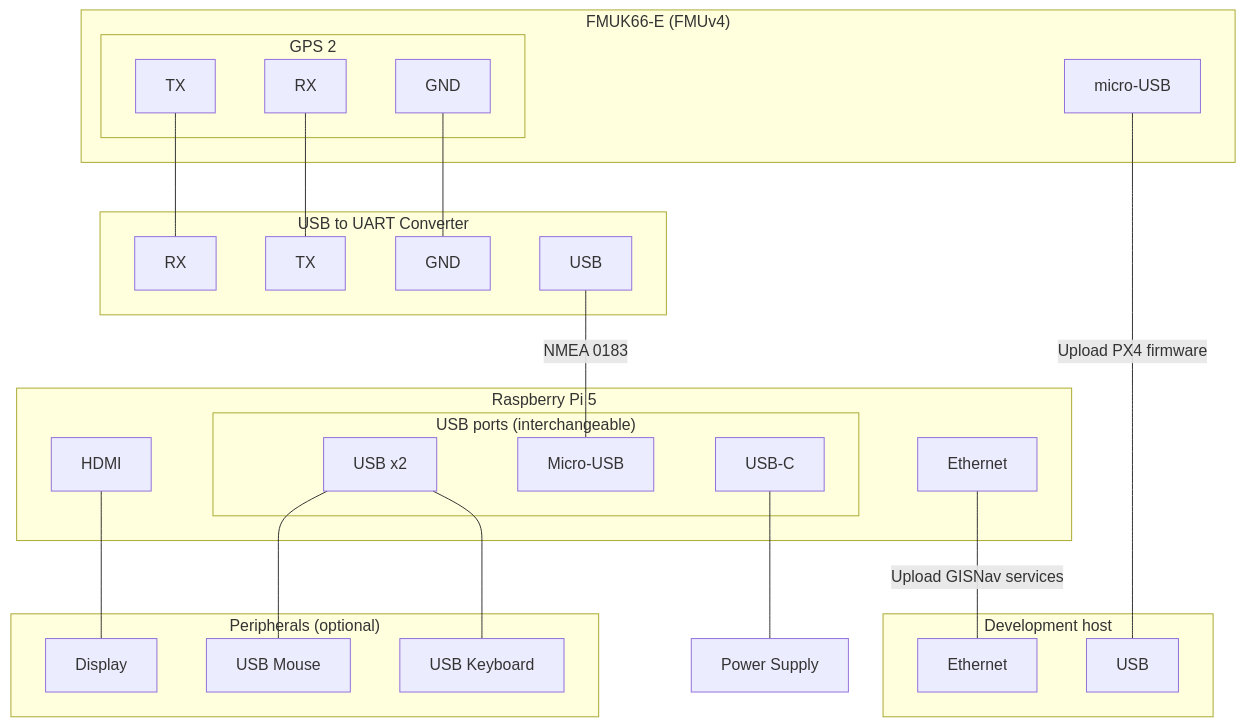
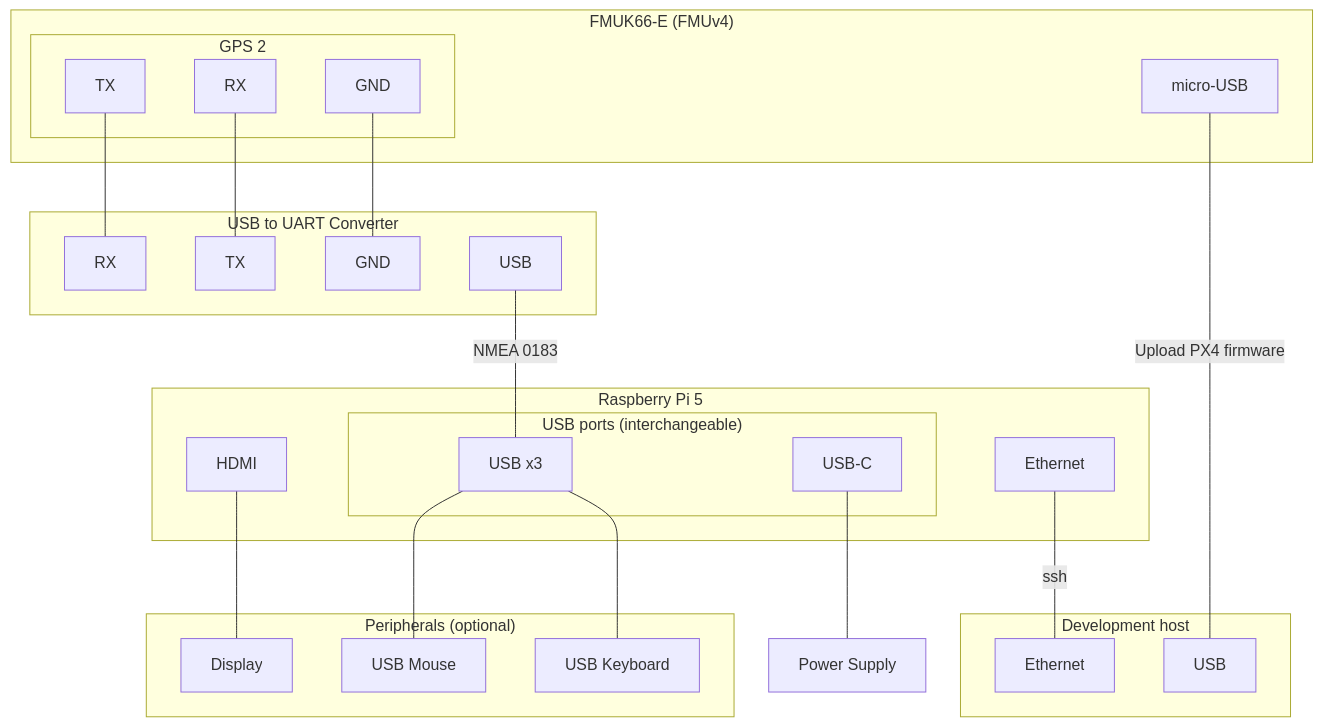
Before and after one commit to hmakelin/gisnav: the diagram in docs/vitepress/docs/raspberry-pi-pixhawk.md, drawn with Mermaid.

Commit message:
Fix USB ports in Raspberry Pi 5 diagram

````diff
--- a/docs/vitepress/docs/raspberry-pi-pixhawk.md
+++ b/docs/vitepress/docs/raspberry-pi-pixhawk.md
@@ -122,46 +122,45 @@
 ```mermaid
 graph TB
     subgraph "FMUK66-E (FMUv4)"
         subgraph "GPS 2"
             FMU_TELEM1_RX[RX]
             FMU_TELEM1_TX[TX]
             FMU_TELEM1_GND[GND]
         end
         FMU_USB[micro-USB]
     end
     subgraph "Development host"
         Laptop_ETH[Ethernet]
         Laptop_USB[USB]
     end
     subgraph "Raspberry Pi 5"
         subgraph USB["USB ports (interchangeable)"]
-            Pi_USB[USB x2]
-            Pi_micro_USB["Micro-USB"]
+            Pi_USB[USB x3]
             Pi_USB_C["USB-C"]
         end
         Pi_HDMI[HDMI]
         Pi_ETH[Ethernet]
     end
     subgraph "USB to UART Converter"
         Converter_RX[RX]
         Converter_TX[TX]
         Converter_GND[GND]
         Converter_USB[USB]
     end
     Socket[Power Supply]
     subgraph "Peripherals (optional)"
         Display[Display]
         Mouse[USB Mouse]
         Keyboard[USB Keyboard]
     end
     FMU_TELEM1_TX --- Converter_RX
     FMU_TELEM1_RX --- Converter_TX
     FMU_TELEM1_GND --- Converter_GND
     FMU_USB ---|Upload PX4 firmware| Laptop_USB
-    Converter_USB ---|NMEA 0183| Pi_micro_USB
+    Converter_USB ---|NMEA 0183| Pi_USB
     Pi_USB_C --- Socket
     Pi_HDMI --- Display
     Pi_USB --- Mouse
     Pi_USB --- Keyboard
-    Pi_ETH ---|Upload GISNav services| Laptop_ETH
+    Pi_ETH ---|ssh| Laptop_ETH
 ```
````
